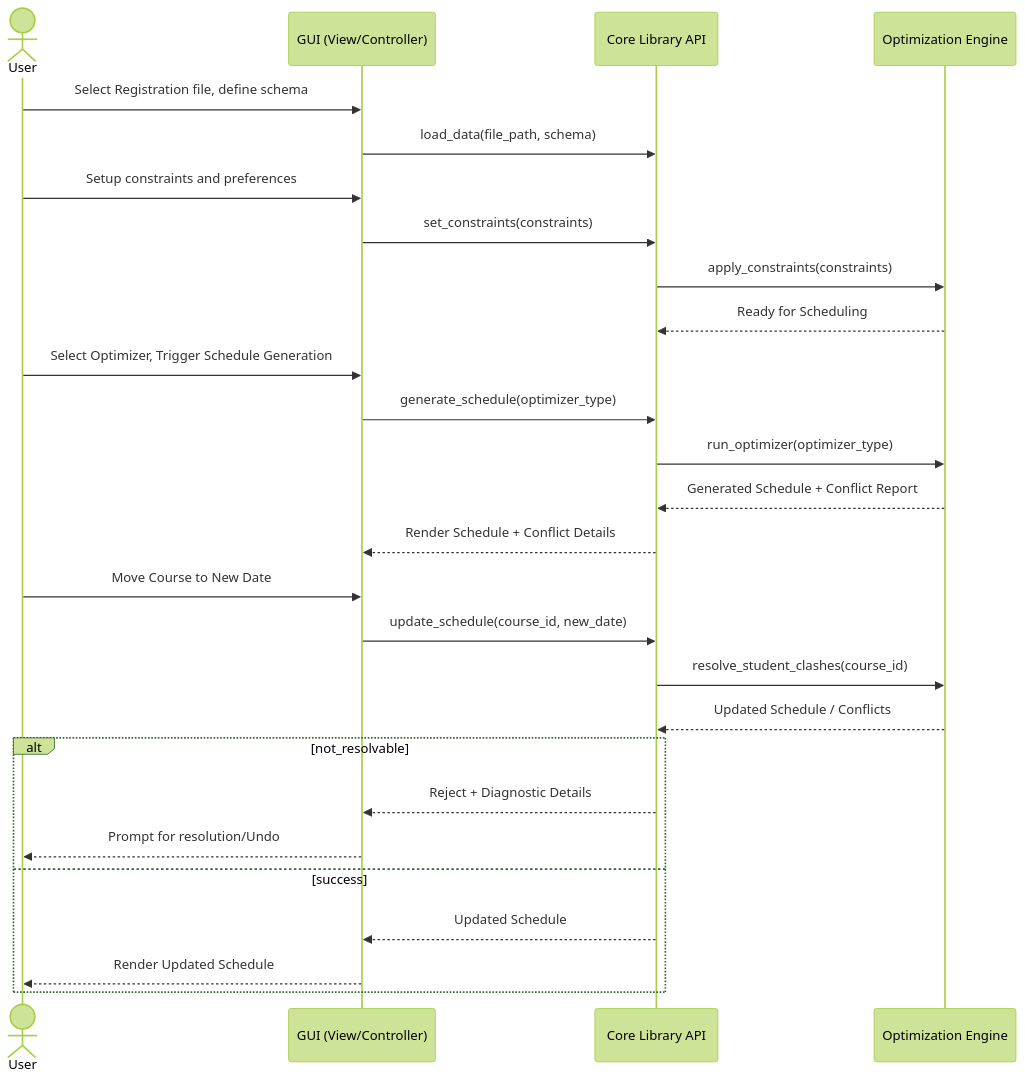
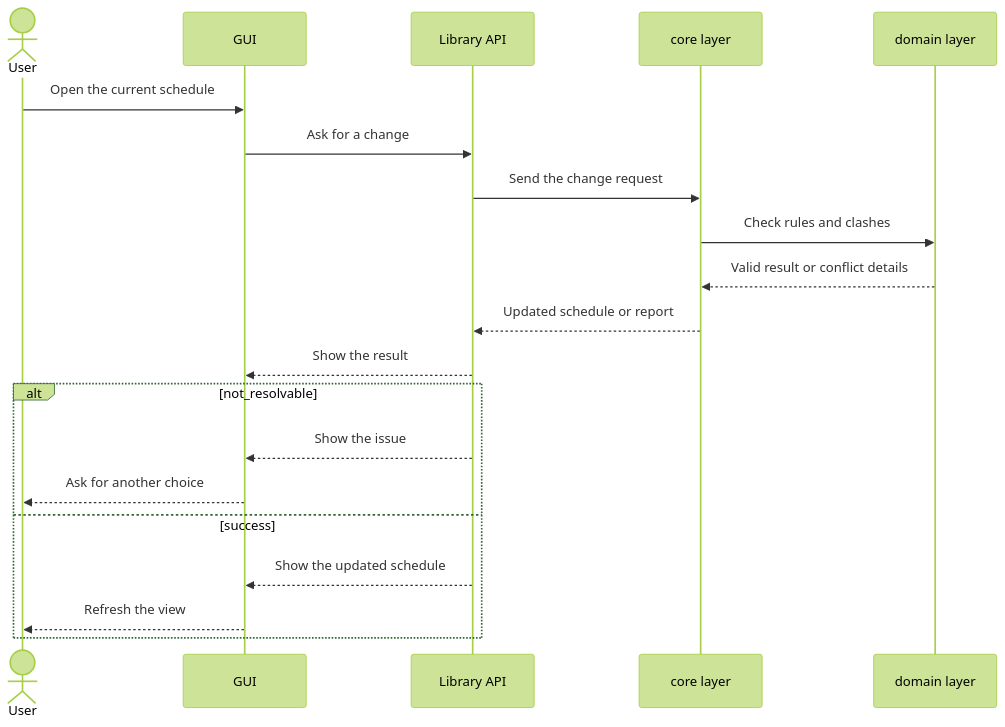
One commit to adhxtry/unisched changed the fourth of 4 diagrams in PROJECT_PLAN.md. Above: the diagram before and after it, drawn with Mermaid (forest theme). The commit also changed other lines of this file, not shown here.

Commit message:
Added API usage flow plan!

````diff
--- a/PROJECT_PLAN.md
+++ b/PROJECT_PLAN.md
@@ -100,32 +132,24 @@
 ```mermaid
 sequenceDiagram
     actor User
-    participant GUI as GUI (View/Controller)
-    participant API as Core Library API
-    participant Engine as Optimization Engine
+    participant GUI as GUI
+    participant API as Library API
+    participant CORE as core layer
+    participant DOMAIN as domain layer
 
-    User->>GUI: Select Registration file, define schema
-    GUI->>API: load_data(file_path, schema)
-    User->>GUI: Setup constraints and preferences
-    GUI->>API: set_constraints(constraints)
-    API->>Engine: apply_constraints(constraints)
-    Engine-->>API: Ready for Scheduling
-    User->>GUI: Select Optimizer, Trigger Schedule Generation
-    GUI->>API: generate_schedule(optimizer_type)
-    API->>Engine: run_optimizer(optimizer_type)
-    Engine-->>API: Generated Schedule + Conflict Report
-    API-->>GUI: Render Schedule + Conflict Details
-
-    User->>GUI: Move Course to New Date
-    GUI->>API: update_schedule(course_id, new_date)
-    API->>Engine: resolve_student_clashes(course_id)
-    Engine-->>API: Updated Schedule / Conflicts
+    User->>GUI: Open the current schedule
+    GUI->>API: Ask for a change
+    API->>CORE: Send the change request
+    CORE->>DOMAIN: Check rules and clashes
+    DOMAIN-->>CORE: Valid result or conflict details
+    CORE-->>API: Updated schedule or report
+    API-->>GUI: Show the result
 
     alt not_resolvable
-        API-->>GUI: Reject + Diagnostic Details
-        GUI-->>User: Prompt for resolution/Undo
+        API-->>GUI: Show the issue
+        GUI-->>User: Ask for another choice
     else success
-        API-->>GUI: Updated Schedule
-        GUI-->>User: Render Updated Schedule
+        API-->>GUI: Show the updated schedule
+        GUI-->>User: Refresh the view
     end
 ```
````
